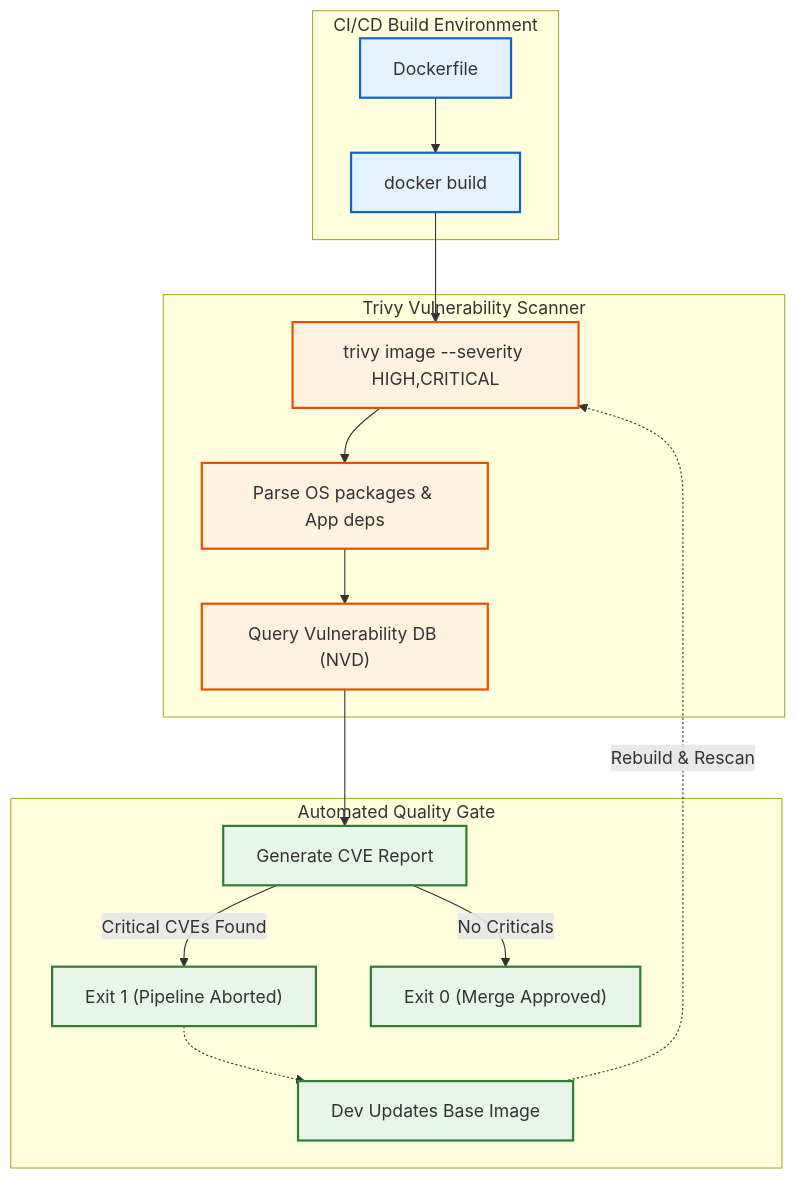
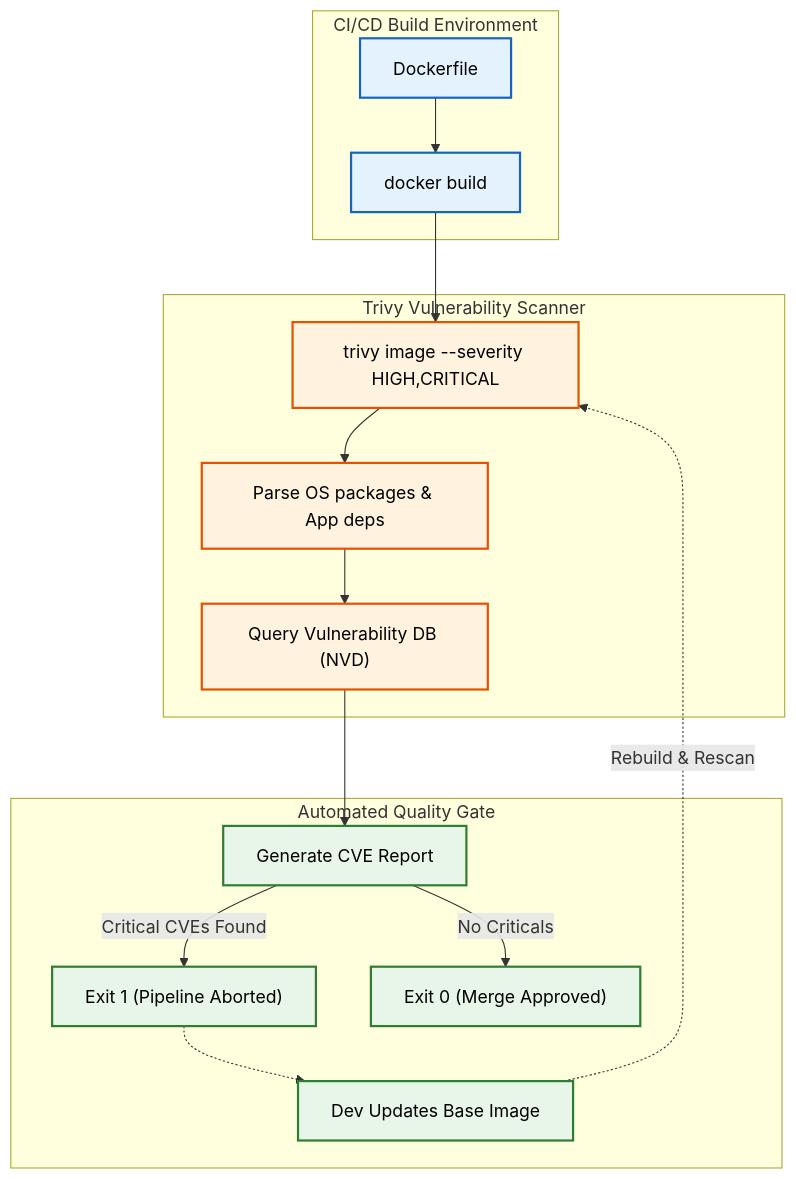
Before and after one commit to aloysiuspattath/platform-engineering-ai-course: the diagram in courses/platform-engineering/modules/module-07/lesson-02.md, drawn with Mermaid. The commit also changed 53 other files, not shown here.

Commit message:
fix: enforce high-contrast black text on mermaid diagram fills for dark mode readability

````diff
--- a/courses/platform-engineering/modules/module-07/lesson-02.md
+++ b/courses/platform-engineering/modules/module-07/lesson-02.md
@@ -109,39 +109,39 @@
 ```mermaid
 flowchart TD
-    classDef ciPhase fill:#e3f2fd,stroke:#1565c0,stroke-width:2px;
-    classDef scanner fill:#fff3e0,stroke:#e65100,stroke-width:2px;
-    classDef gatekeeper fill:#e8f5e9,stroke:#2e7d32,stroke-width:2px;
+    classDef ciPhase fill:#e3f2fd,stroke:#1565c0,stroke-width:2px,color:#000000;
+    classDef scanner fill:#fff3e0,stroke:#e65100,stroke-width:2px,color:#000000;
+    classDef gatekeeper fill:#e8f5e9,stroke:#2e7d32,stroke-width:2px,color:#000000;
 
     subgraph CIEnvironment [CI/CD Build Environment]
         DF["Dockerfile"]
         BUILD["docker build"]
         DF --> BUILD
     end
 
     subgraph ScanningEngine [Trivy Vulnerability Scanner]
         TRIVY["trivy image --severity HIGH,CRITICAL"]
         PARSE["Parse OS packages & App deps"]
         NVD["Query Vulnerability DB (NVD)"]
         
         BUILD --> TRIVY
         TRIVY --> PARSE
         PARSE --> NVD
     end
 
     subgraph QualityGate [Automated Quality Gate]
         REPORT["Generate CVE Report"]
         ABORT["Exit 1 (Pipeline Aborted)"]
         REMEDY["Dev Updates Base Image"]
         PASS["Exit 0 (Merge Approved)"]
         
         NVD --> REPORT
         REPORT -->|Critical CVEs Found| ABORT
         ABORT -.-> REMEDY
         REMEDY -.->|Rebuild & Rescan| TRIVY
         REPORT -->|No Criticals| PASS
     end
 
     class DF,BUILD ciPhase;
     class TRIVY,PARSE,NVD scanner;
     class REPORT,ABORT,REMEDY,PASS gatekeeper;
 ```
````
